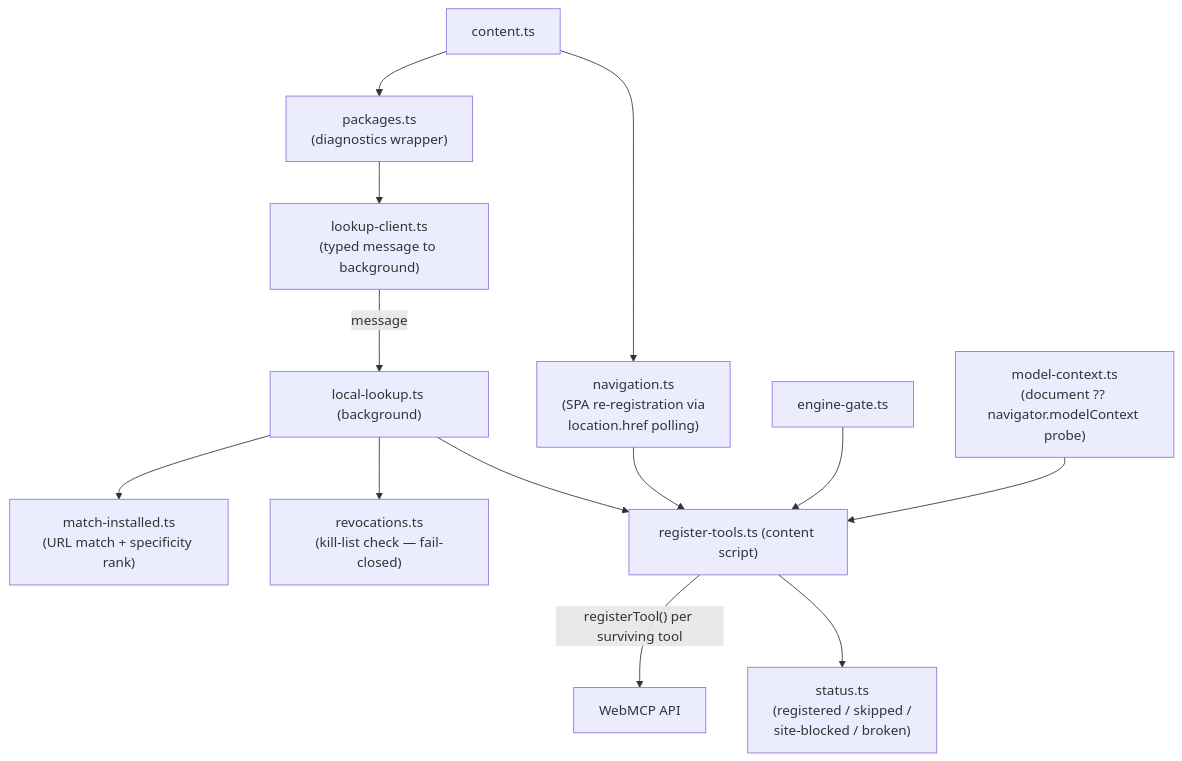
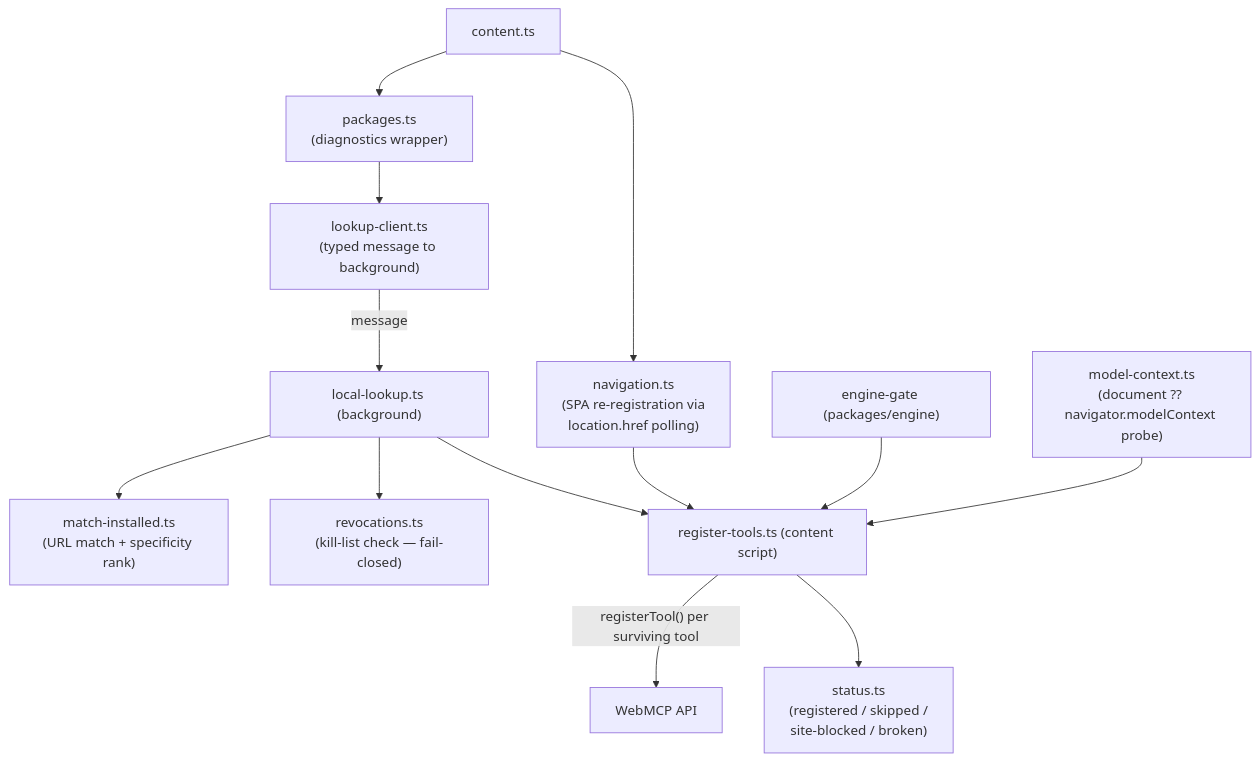
Before and after one commit to robertn702/webmcp-today: the third of 5 diagrams in apps/extension/ARCHITECTURE.md, drawn with Mermaid. The commit also changed other lines of this file and 25 other files, not shown here.

First line of the commit message:
refactor: extract API execution engine into packages/engine (MIT)

````diff
--- a/apps/extension/ARCHITECTURE.md
+++ b/apps/extension/ARCHITECTURE.md
@@ -98,15 +98,15 @@
 ```mermaid
 flowchart TB
     CS["content.ts"] --> PKG["packages.ts<br/>(diagnostics wrapper)"]
     CS --> NAV["navigation.ts<br/>(SPA re-registration via<br/>location.href polling)"]
     PKG --> CLIENT["lookup-client.ts<br/>(typed message to background)"]
     NAV --> REG
     CLIENT -- "message" --> LL["local-lookup.ts (background)"]
     LL --> MATCH["match-installed.ts<br/>(URL match + specificity rank)"]
     LL --> REV["revocations.ts<br/>(kill-list check — fail-closed)"]
     LL --> REG["register-tools.ts (content script)"]
-    GATE["engine-gate.ts"] --> REG
+    GATE["engine-gate (packages/engine)"] --> REG
     MODEL["model-context.ts<br/>(document ?? navigator.modelContext probe)"] --> REG
     REG -- "registerTool() per surviving tool" --> MC["WebMCP API"]
     REG --> STATUS["status.ts<br/>(registered / skipped /<br/>site-blocked / broken)"]
 ```
````
